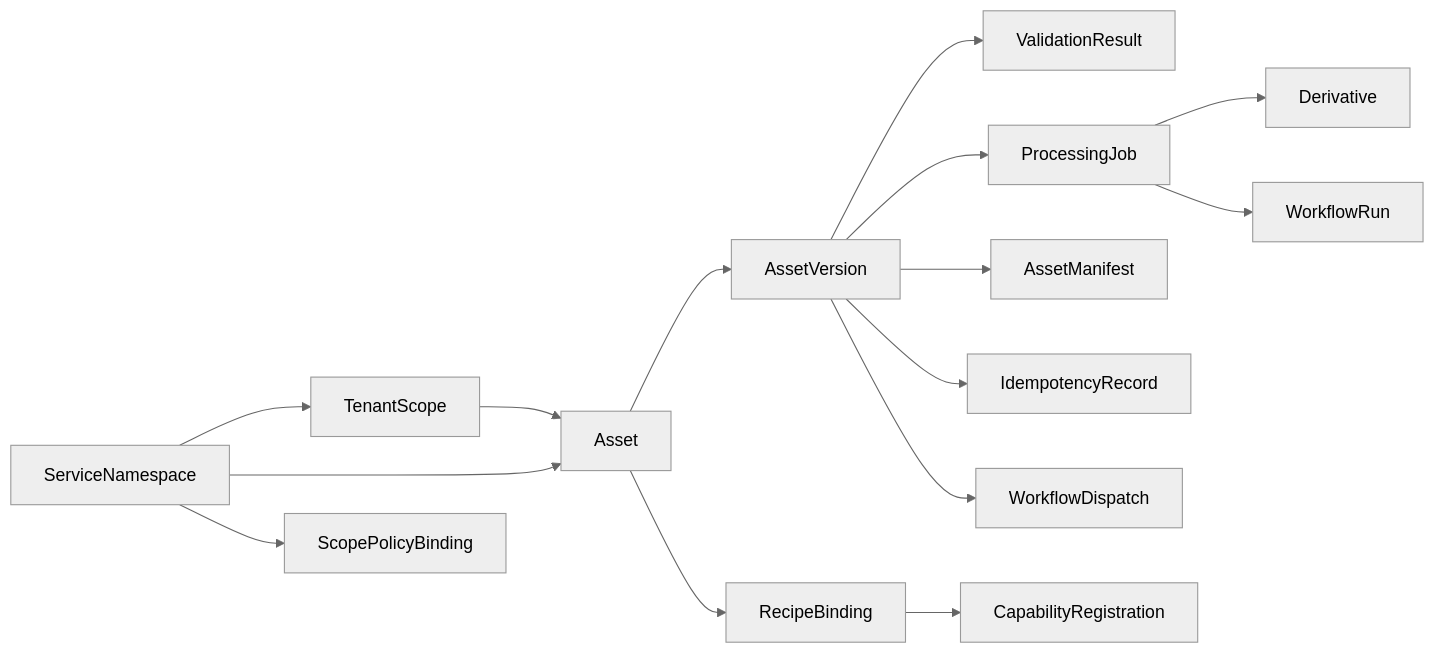
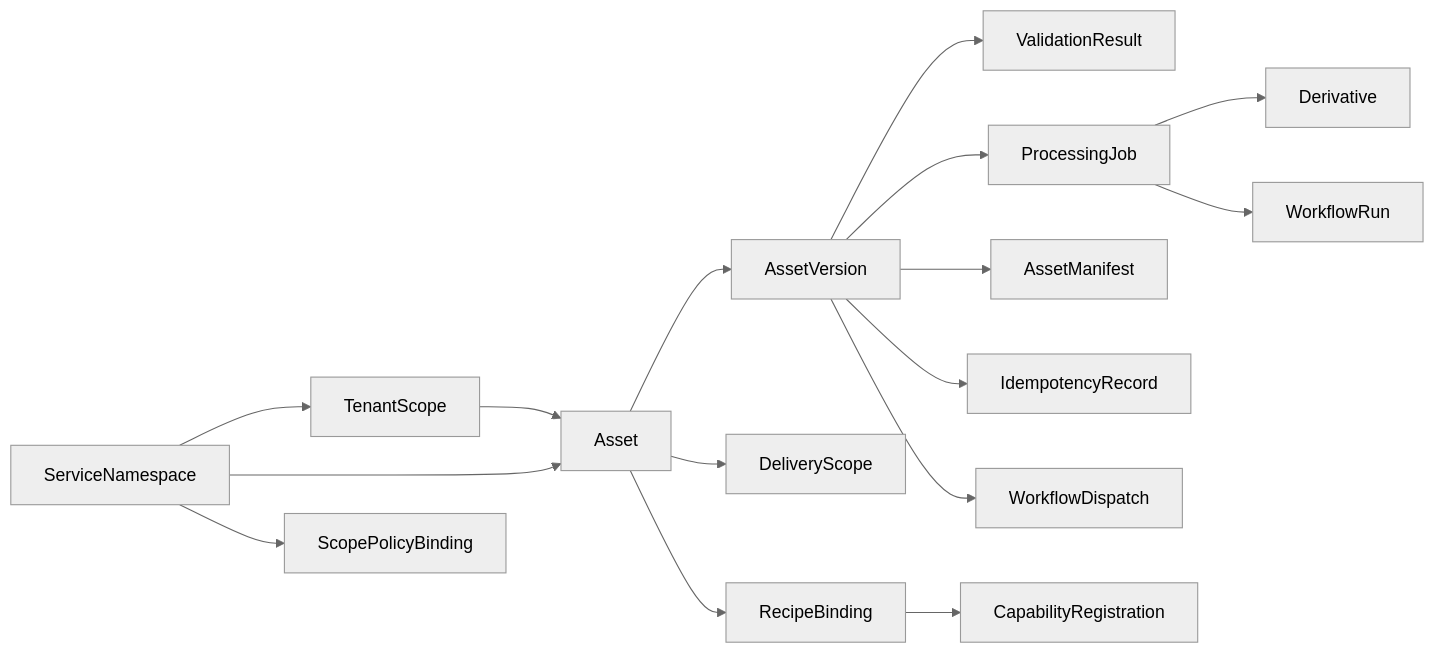
One commit to Yeusepe/cdngine changed the diagram in docs/domain-model.md. Above: the diagram before and after it, drawn with Mermaid (neutral theme). The commit also changed other lines of this file and 30 other files, not shown here.

````diff
--- a/docs/domain-model.md
+++ b/docs/domain-model.md
@@ -47,17 +48,18 @@
 ```mermaid
 flowchart LR
     Namespace["ServiceNamespace"] --> Tenant["TenantScope"]
     Namespace --> Asset["Asset"]
     Tenant --> Asset
     Asset --> Version["AssetVersion"]
+    Asset --> DeliveryScope["DeliveryScope"]
     Version --> Validation["ValidationResult"]
     Version --> Job["ProcessingJob"]
     Job --> Derivative["Derivative"]
     Version --> Manifest["AssetManifest"]
     Asset --> Binding["RecipeBinding"]
     Binding --> Capability["CapabilityRegistration"]
     Namespace --> ScopePolicy["ScopePolicyBinding"]
     Job --> Run["WorkflowRun"]
     Version --> Idempotency["IdempotencyRecord"]
     Version --> Dispatch["WorkflowDispatch"]
 ```
````
